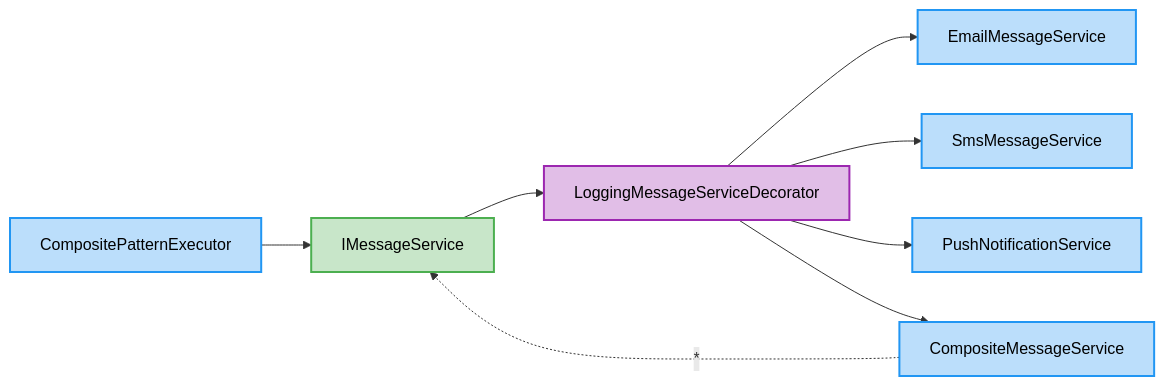
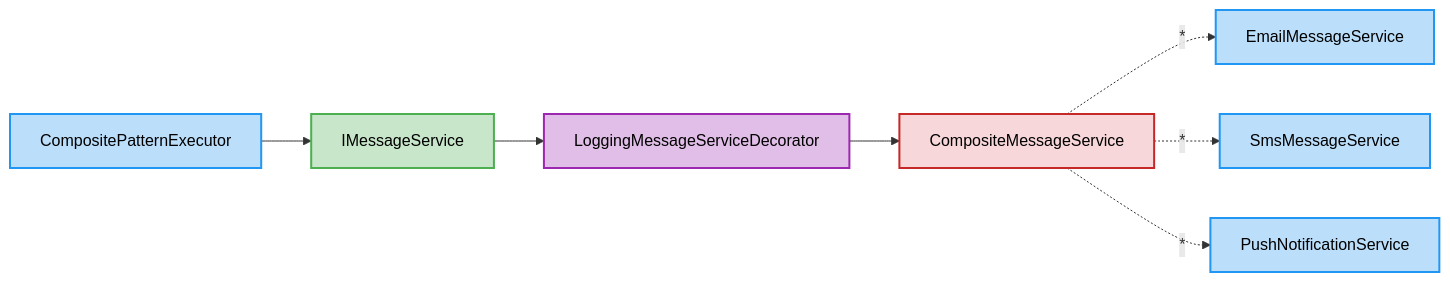
One commit to arika0093/Qudi changed the diagram in examples/Qudi.Example.Readme/exported/CompositePatternExecutor.md. Above: the diagram before and after it, drawn with Mermaid. The commit also changed 7 other files, not shown here.

Commit message:
Implement composite pattern enhancements: update visual representations and add support for composite nodes in output writers

````diff
--- a/examples/Qudi.Example.Readme/exported/CompositePatternExecutor.md
+++ b/examples/Qudi.Example.Readme/exported/CompositePatternExecutor.md
@@ -1,28 +1,28 @@
 ```mermaid
 flowchart LR
     Qudi_Examples_CompositePattern_EmailMessageService["EmailMessageService"]
     Qudi_Examples_CompositePattern_IMessageService["IMessageService"]
     Qudi_Examples_CompositePattern_SmsMessageService["SmsMessageService"]
     Qudi_Examples_CompositePattern_PushNotificationService["PushNotificationService"]
     Qudi_Examples_CompositePattern_CompositePatternExecutor["CompositePatternExecutor"]
     Qudi_Examples_CompositePattern_LoggingMessageServiceDecorator["LoggingMessageServiceDecorator"]
     Qudi_Examples_CompositePattern_CompositeMessageService["CompositeMessageService"]
     Qudi_Examples_CompositePattern_CompositePatternExecutor --> Qudi_Examples_CompositePattern_IMessageService
     Qudi_Examples_CompositePattern_IMessageService --> Qudi_Examples_CompositePattern_LoggingMessageServiceDecorator
-    Qudi_Examples_CompositePattern_LoggingMessageServiceDecorator --> Qudi_Examples_CompositePattern_EmailMessageService
-    Qudi_Examples_CompositePattern_LoggingMessageServiceDecorator --> Qudi_Examples_CompositePattern_SmsMessageService
-    Qudi_Examples_CompositePattern_LoggingMessageServiceDecorator --> Qudi_Examples_CompositePattern_PushNotificationService
     Qudi_Examples_CompositePattern_LoggingMessageServiceDecorator --> Qudi_Examples_CompositePattern_CompositeMessageService
-    Qudi_Examples_CompositePattern_CompositeMessageService -.->|"*"| Qudi_Examples_CompositePattern_IMessageService
+    Qudi_Examples_CompositePattern_CompositeMessageService -.->|"*"| Qudi_Examples_CompositePattern_EmailMessageService
+    Qudi_Examples_CompositePattern_CompositeMessageService -.->|"*"| Qudi_Examples_CompositePattern_SmsMessageService
+    Qudi_Examples_CompositePattern_CompositeMessageService -.->|"*"| Qudi_Examples_CompositePattern_PushNotificationService
     classDef interface fill:#c8e6c9,stroke:#4caf50,stroke-width:2px,color:#000;
     class Qudi_Examples_CompositePattern_IMessageService interface;
     classDef cls fill:#bbdefb,stroke:#2196f3,stroke-width:2px,color:#000;
     class Qudi_Examples_CompositePattern_EmailMessageService cls;
     class Qudi_Examples_CompositePattern_SmsMessageService cls;
     class Qudi_Examples_CompositePattern_PushNotificationService cls;
     class Qudi_Examples_CompositePattern_CompositePatternExecutor cls;
-    class Qudi_Examples_CompositePattern_CompositeMessageService cls;
     classDef decorator fill:#e1bee7,stroke:#9c27b0,stroke-width:2px,color:#000;
     class Qudi_Examples_CompositePattern_LoggingMessageServiceDecorator decorator;
+    classDef composite fill:#f8d7da,stroke:#c62828,stroke-width:2px,color:#000;
+    class Qudi_Examples_CompositePattern_CompositeMessageService composite;
 
 ```
````
